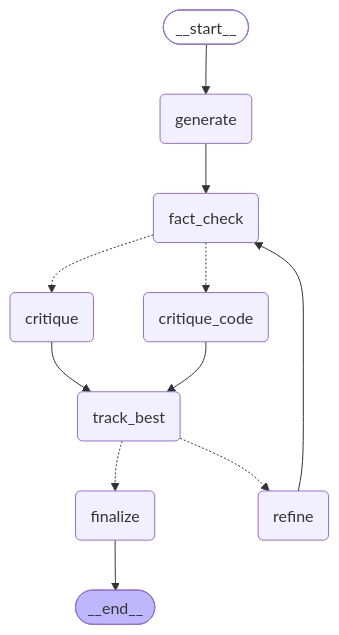
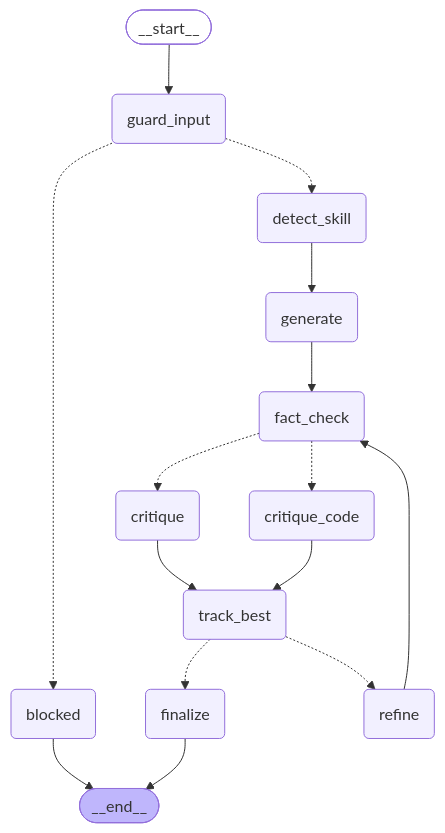
The diagram in graph/diagram.md (PrajwalThorat-Dev/Self-Reviewing-Model), drawn with Mermaid before and after one commit. The commit also changed 18 other files, not shown here.

````diff
--- a/graph/diagram.md
+++ b/graph/diagram.md
@@ -1,25 +1,32 @@
 ```mermaid
 graph TD;
 	__start__([<p>__start__</p>]):::first
+	guard_input(guard_input)
+	blocked(blocked)
+	detect_skill(detect_skill)
 	generate(generate)
 	fact_check(fact_check)
 	critique(critique)
 	critique_code(critique_code)
 	refine(refine)
 	track_best(track_best)
 	finalize(finalize)
 	__end__([<p>__end__</p>]):::last
-	__start__ --> generate;
+	__start__ --> guard_input;
 	critique --> track_best;
 	critique_code --> track_best;
+	detect_skill --> generate;
 	fact_check -.-> critique;
 	fact_check -.-> critique_code;
 	generate --> fact_check;
+	guard_input -.-> blocked;
+	guard_input -.-> detect_skill;
 	refine --> fact_check;
 	track_best -.-> finalize;
 	track_best -.-> refine;
+	blocked --> __end__;
 	finalize --> __end__;
 	classDef default fill:#f2f0ff,line-height:1.2
 	classDef first fill-opacity:0
 	classDef last fill:#bfb6fc
 ```
````
